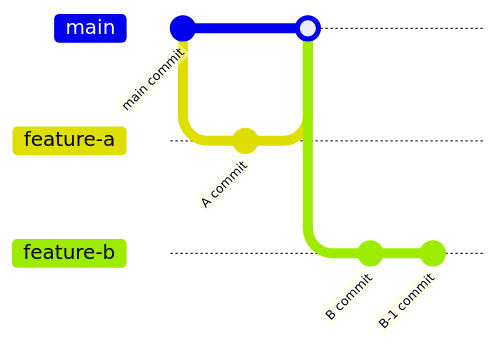
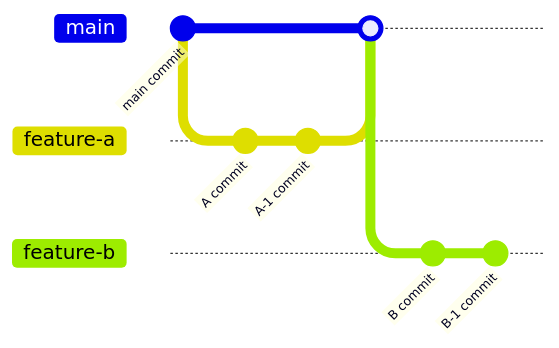
One commit to ChoiYongWon/TIL changed the third of 3 diagrams in docs/notes/git-rebase-dependencies.md. Above: the diagram before and after it, drawn with Mermaid. The commit also changed other lines of this file, not shown here.

````diff
--- a/docs/notes/git-rebase-dependencies.md
+++ b/docs/notes/git-rebase-dependencies.md
@@ -77,12 +78,14 @@
 ```mermaid
     gitGraph
     commit id: "main commit"
     branch feature-a
     commit id: "A commit"
+    checkout feature-a
+    commit id: "A-1 commit"
     checkout main
     merge feature-a
     branch feature-b
     commit id: "B commit"
     commit id: "B-1 commit"
 
 ```
````
